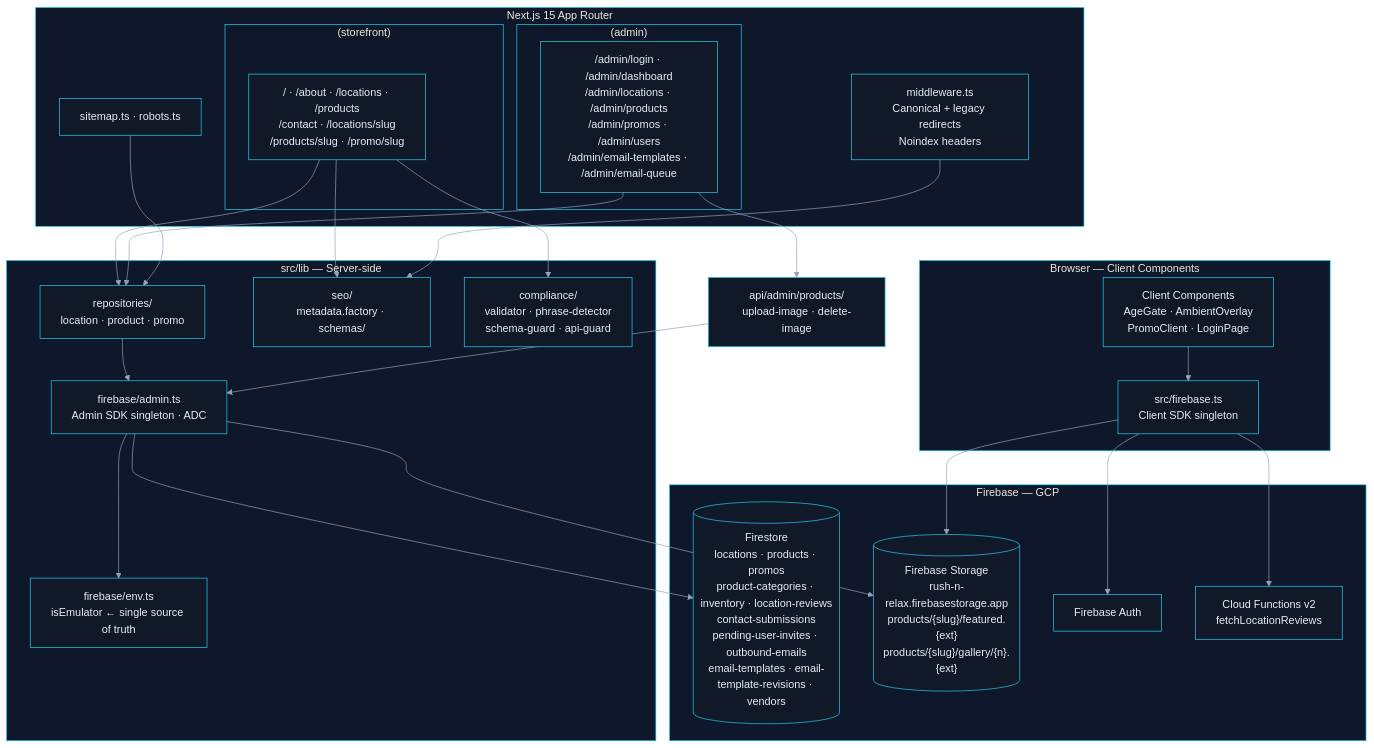
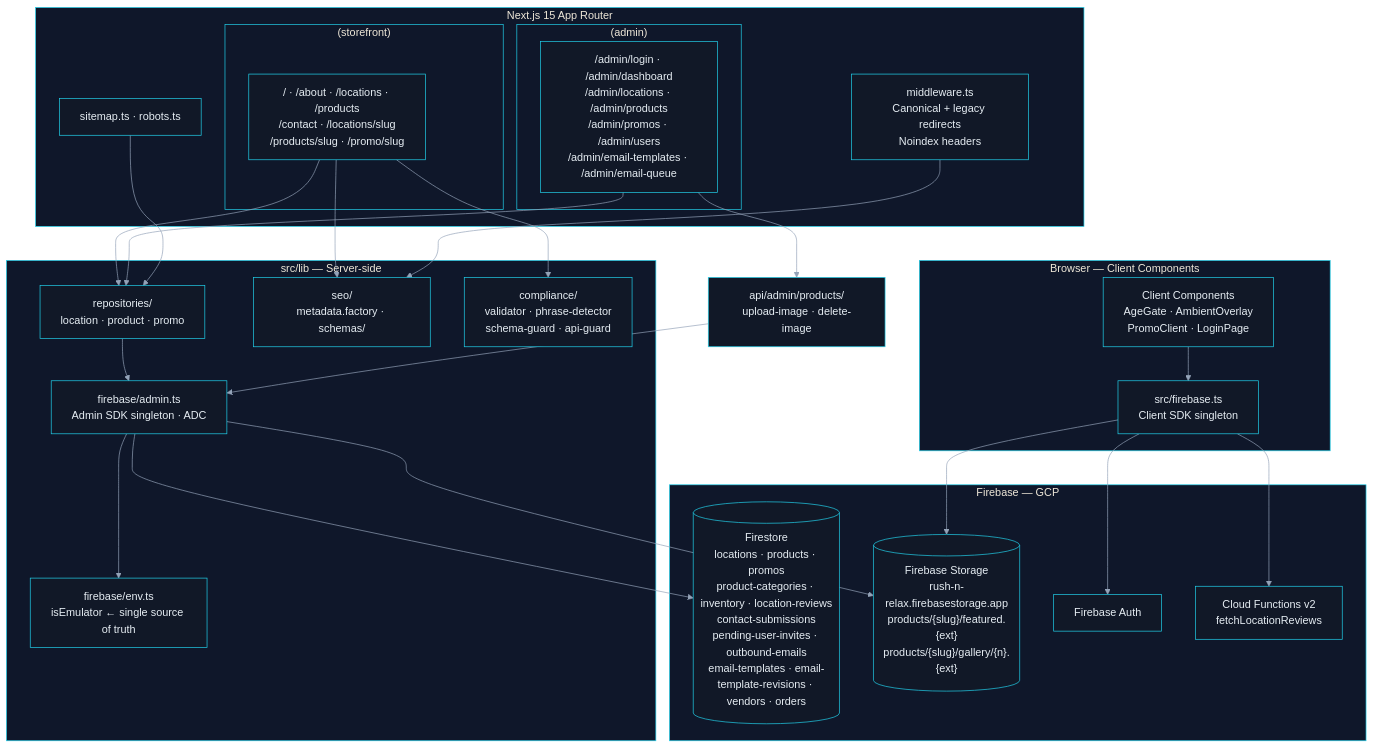
One commit to brewski-beers/rush-n-relax changed the second of 5 diagrams in docs/engineering/architecture.md. Above: the diagram before and after it, drawn with Mermaid. The commit also changed 12 other files, not shown here.

````diff
--- a/docs/engineering/architecture.md
+++ b/docs/engineering/architecture.md
@@ -59,55 +59,55 @@
 ```mermaid
 %%{init: {'theme': 'base', 'themeVariables': {'background': '#0b0f17', 'primaryColor': '#111827', 'primaryTextColor': '#e6edf3', 'primaryBorderColor': '#22d3ee', 'lineColor': '#94a3b8', 'secondaryColor': '#0f172a', 'tertiaryColor': '#111827', 'clusterBkg': '#0f172a', 'clusterBorder': '#22d3ee', 'fontFamily': 'Avenir Next, Avenir, Segoe UI, sans-serif'}}}%%
 
 graph TB
 
     subgraph CLIENT["Browser — Client Components"]
         CSK["src/firebase.ts\nClient SDK singleton"]
         CC["Client Components\nAgeGate · AmbientOverlay\nPromoClient · LoginPage"]
     end
 
     subgraph NEXT["Next.js 15 App Router"]
         MW["middleware.ts\nCanonical + legacy redirects\nNoindex headers"]
         subgraph SF["(storefront)"]
             SFP["/ · /about · /locations · /products\n/contact · /locations/slug\n/products/slug · /promo/slug"]
         end
         subgraph ADM["(admin)"]
             ADMP["/admin/login · /admin/dashboard\n/admin/locations · /admin/products\n/admin/promos · /admin/users\n/admin/email-templates · /admin/email-queue"]
         end
         SITE["sitemap.ts · robots.ts"]
     end
 
     subgraph LIB["src/lib — Server-side"]
         ENV["firebase/env.ts\nisEmulator ← single source of truth"]
         ADMIN["firebase/admin.ts\nAdmin SDK singleton · ADC"]
         REPO["repositories/\nlocation · product · promo"]
         SEO["seo/\nmetadata.factory · schemas/"]
         COMP["compliance/\nvalidator · phrase-detector\nschema-guard · api-guard"]
     end
 
     subgraph GCP["Firebase — GCP"]
-        FS[("Firestore\nlocations · products · promos\nproduct-categories · inventory · location-reviews\ncontact-submissions\npending-user-invites · outbound-emails\nemail-templates · email-template-revisions · vendors")]
+        FS[("Firestore\nlocations · products · promos\nproduct-categories · inventory · location-reviews\ncontact-submissions\npending-user-invites · outbound-emails\nemail-templates · email-template-revisions · vendors · orders")]
         GCS[("Firebase Storage\nrush-n-relax.firebasestorage.app\nproducts/{slug}/featured.{ext}\nproducts/{slug}/gallery/{n}.{ext}")]
         AUTH["Firebase Auth"]
         FN["Cloud Functions v2\nfetchLocationReviews"]
     end
 
     CC --> CSK
     CSK --> AUTH
     CSK --> FN
     CSK --> GCS
     SFP --> REPO
     SFP --> SEO
     SFP --> COMP
     ADMP --> REPO
     ADMP --> UPLOAD["api/admin/products/\nupload-image · delete-image"]
     SITE --> REPO
     REPO --> ADMIN
     UPLOAD --> ADMIN
     ADMIN --> ENV
     ADMIN --> FS
     ADMIN --> GCS
     MW --> SEO
 
     classDef title fill:#020617,color:#e6edf3,stroke:#22d3ee,stroke-width:2px;
 ```
````
